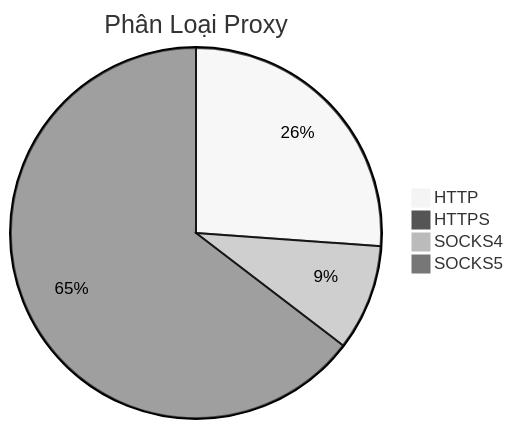
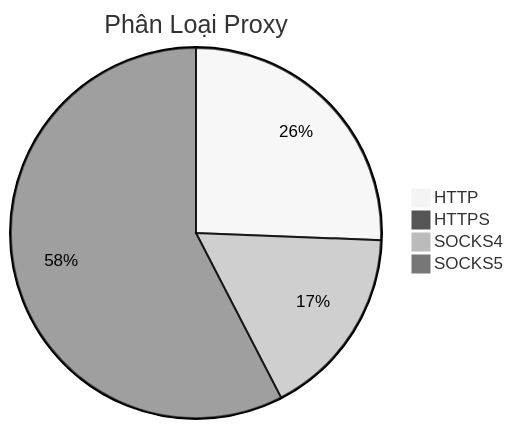
One commit to Ciara-Aa/PROXY-free changed the diagram in README.md. Above: the diagram before and after it, drawn with Mermaid (neutral theme). The commit also changed other lines of this file and 4 other files, not shown here.

````diff
--- a/README.md
+++ b/README.md
@@ -26,7 +26,7 @@
 ```mermaid
 pie title Phân Loại Proxy
-    "HTTP" : 486
-    "HTTPS" : 1
-    "SOCKS4" : 172
-    "SOCKS5" : 1201
+    "HTTP" : 528
+    "HTTPS" : 0
+    "SOCKS4" : 346
+    "SOCKS5" : 1187
 ```
````
